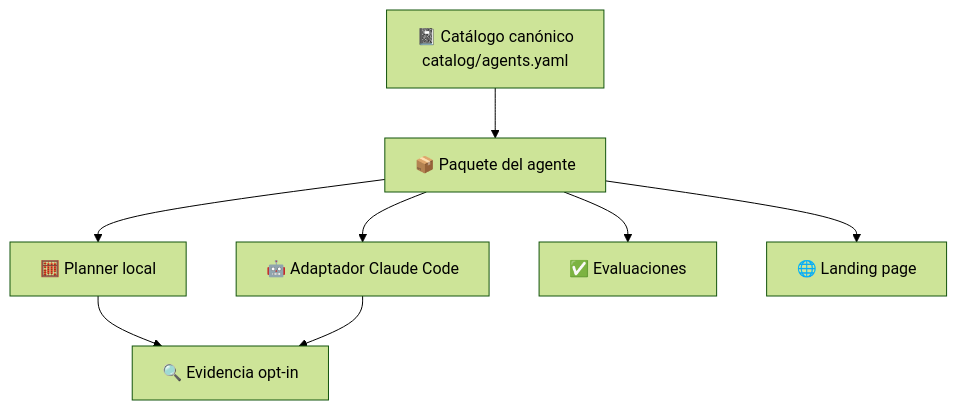
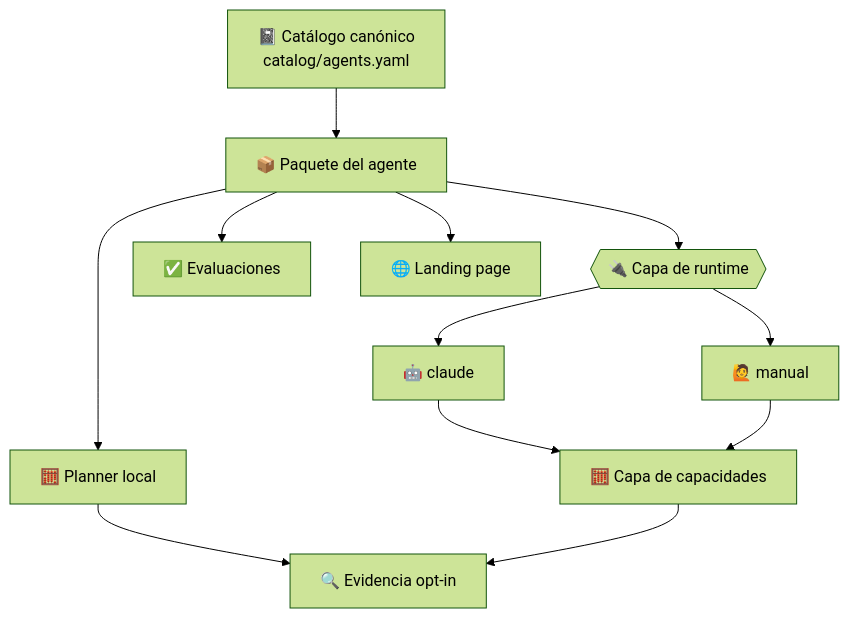
The first of 3 diagrams in docs/ARCHITECTURE.md (vladimiracunadev-create/operational-ai-agents), drawn with Mermaid (forest theme) before and after one commit. The commit also changed other lines of this file and 39 other files, not shown here.

````diff
--- a/docs/ARCHITECTURE.md
+++ b/docs/ARCHITECTURE.md
@@ -17,10 +17,13 @@
 ```mermaid
 flowchart TD
     Catalog["📓 Catálogo canónico<br/>catalog/agents.yaml"] --> Package["📦 Paquete del agente"]
-    Package --> Claude["🤖 Adaptador Claude Code"]
+    Package --> Runtime{{"🔌 Capa de runtime"}}
     Package --> Planner["🧮 Planner local"]
     Package --> Eval["✅ Evaluaciones"]
     Package --> Site["🌐 Landing page"]
+    Runtime --> Claude["🤖 claude"]
+    Runtime --> Manual["🙋 manual"]
+    Claude & Manual --> Caps["🧮 Capa de capacidades"]
     Planner --> Evidence["🔍 Evidencia opt-in"]
-    Claude --> Evidence
+    Caps --> Evidence
 ```
````
